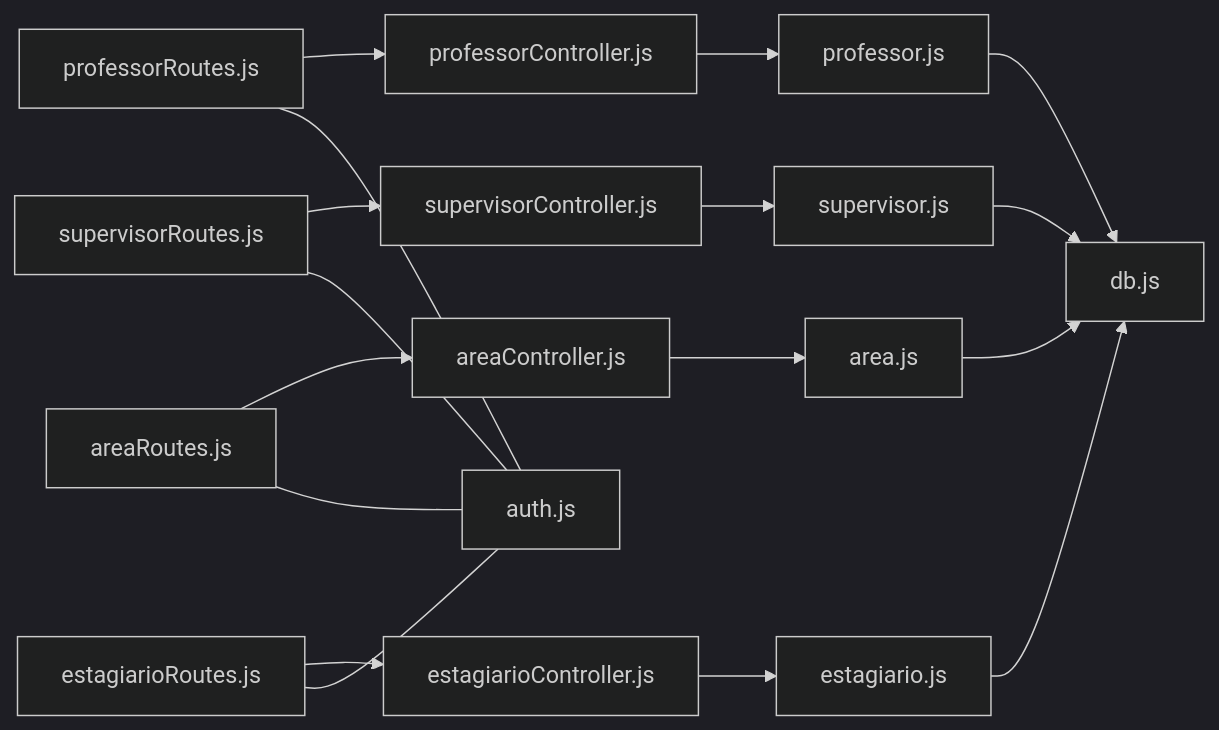
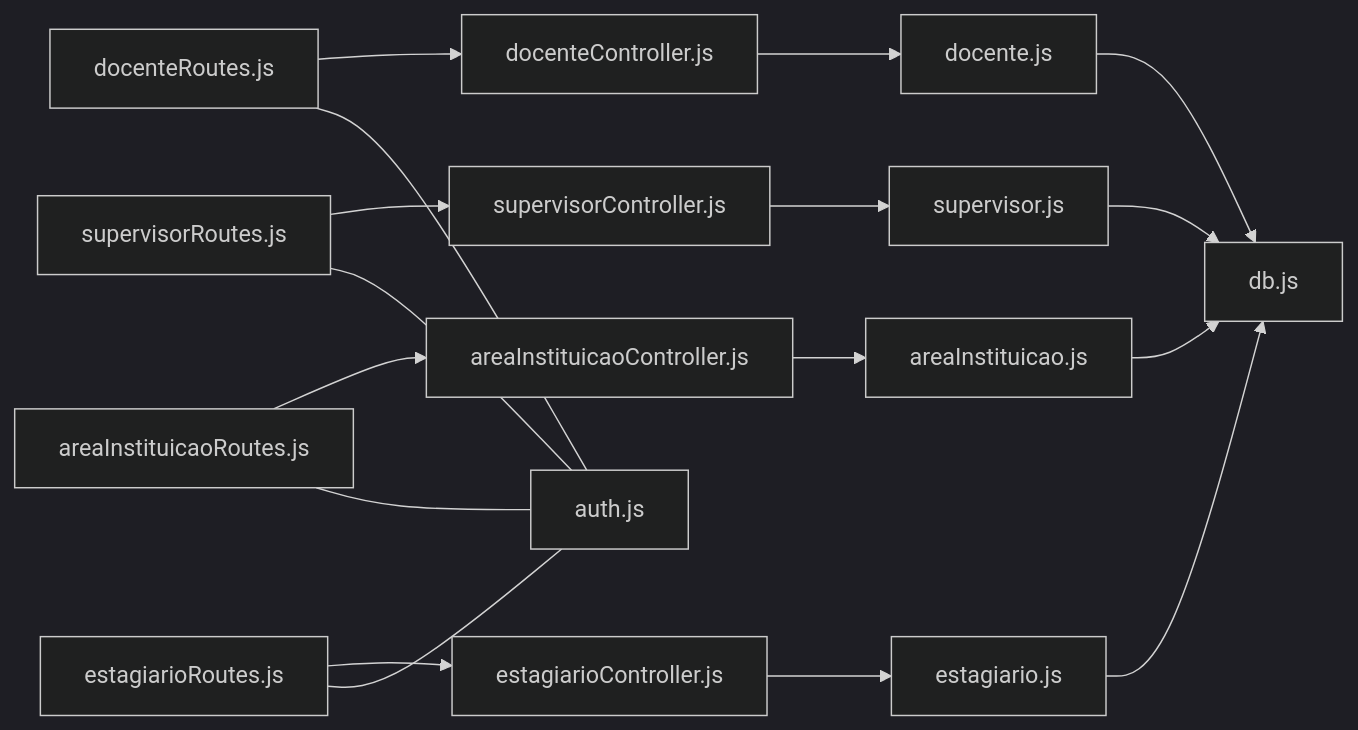
The seventh of 7 diagrams in .qoder/repowiki/en/content/API Reference/Institutional Management APIs.md (luiseduacosta/nodemural), drawn with Mermaid (dark theme) before and after one commit. The commit also changed other lines of this file and 27 other files, not shown here.

````diff
--- a/.qoder/repowiki/en/content/API Reference/Institutional Management APIs.md
+++ b/.qoder/repowiki/en/content/API Reference/Institutional Management APIs.md
@@ -345,19 +345,19 @@
 ```mermaid
 graph LR
-DR["professorRoutes.js"] --> DC["professorController.js"]
+DR["docenteRoutes.js"] --> DC["docenteController.js"]
 SR["supervisorRoutes.js"] --> SC["supervisorController.js"]
-AIR["areaRoutes.js"] --> AIC["areaController.js"]
+AIR["areaInstituicaoRoutes.js"] --> AIC["areaInstituicaoController.js"]
 ER["estagiarioRoutes.js"] --> EC["estagiarioController.js"]
-DC --> DM["professor.js"]
+DC --> DM["docente.js"]
 SC --> SM["supervisor.js"]
-AIC --> AIM["area.js"]
+AIC --> AIM["areaInstituicao.js"]
 EC --> EM["estagiario.js"]
 DR --- AM["auth.js"]
 SR --- AM
 AIR --- AM
 ER --- AM
 DM --> DB["db.js"]
 SM --> DB
 AIM --> DB
 EM --> DB
 ```
````
